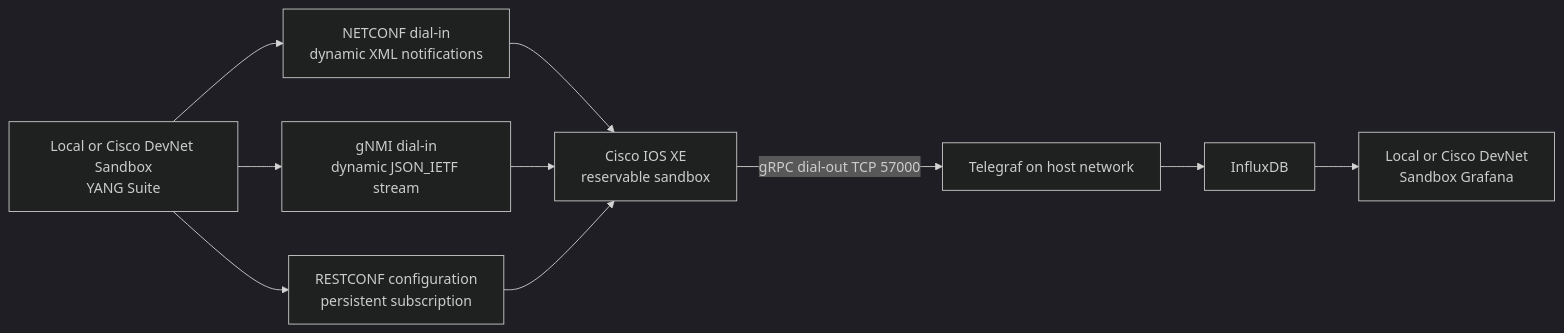
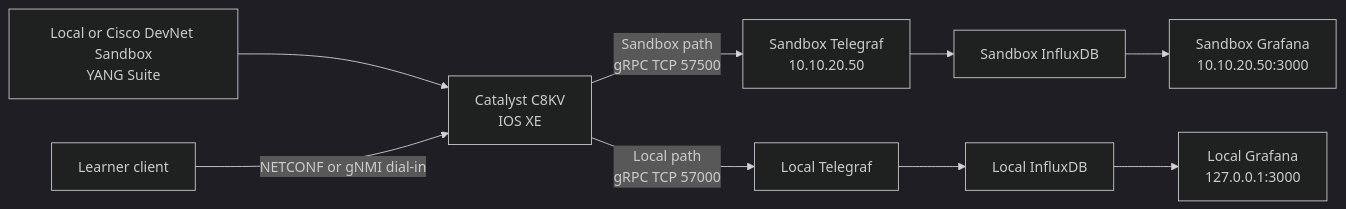
One commit to tanthanh85/CCNPAUTO changed the diagram in LAB/Lab12/Lab12.md. Above: the diagram before and after it, drawn with Mermaid (dark theme). The commit also changed other lines of this file and 4 other files, not shown here.

````diff
--- a/LAB/Lab12/Lab12.md
+++ b/LAB/Lab12/Lab12.md
@@ -22,12 +22,11 @@
 ```mermaid
 flowchart LR
-    Y["Local or Cisco DevNet Sandbox<br/>YANG Suite"] --> N["NETCONF dial-in<br/>dynamic XML notifications"]
-    Y --> G["gNMI dial-in<br/>dynamic JSON_IETF stream"]
-    Y --> R["RESTCONF configuration<br/>persistent subscription"]
-    N --> XE["Cisco IOS XE<br/>reservable sandbox"]
-    G --> XE
-    R --> XE
-    XE -->|"gRPC dial-out TCP 57000"| T["Telegraf on host network"]
-    T --> I["InfluxDB"]
-    I --> F["Local or Cisco DevNet<br/>Sandbox Grafana"]
+    Y["Local or Cisco DevNet Sandbox<br/>YANG Suite"] --> XE["Catalyst C8KV<br/>IOS XE"]
+    C["Learner client"] -->|"NETCONF or gNMI dial-in"| XE
+    XE -->|"Sandbox path<br/>gRPC TCP 57500"| ST["Sandbox Telegraf<br/>10.10.20.50"]
+    ST --> SI["Sandbox InfluxDB"]
+    SI --> SG["Sandbox Grafana<br/>10.10.20.50:3000"]
+    XE -->|"Local path<br/>gRPC TCP 57000"| LT["Local Telegraf"]
+    LT --> LI["Local InfluxDB"]
+    LI --> LG["Local Grafana<br/>127.0.0.1:3000"]
 ```
````
